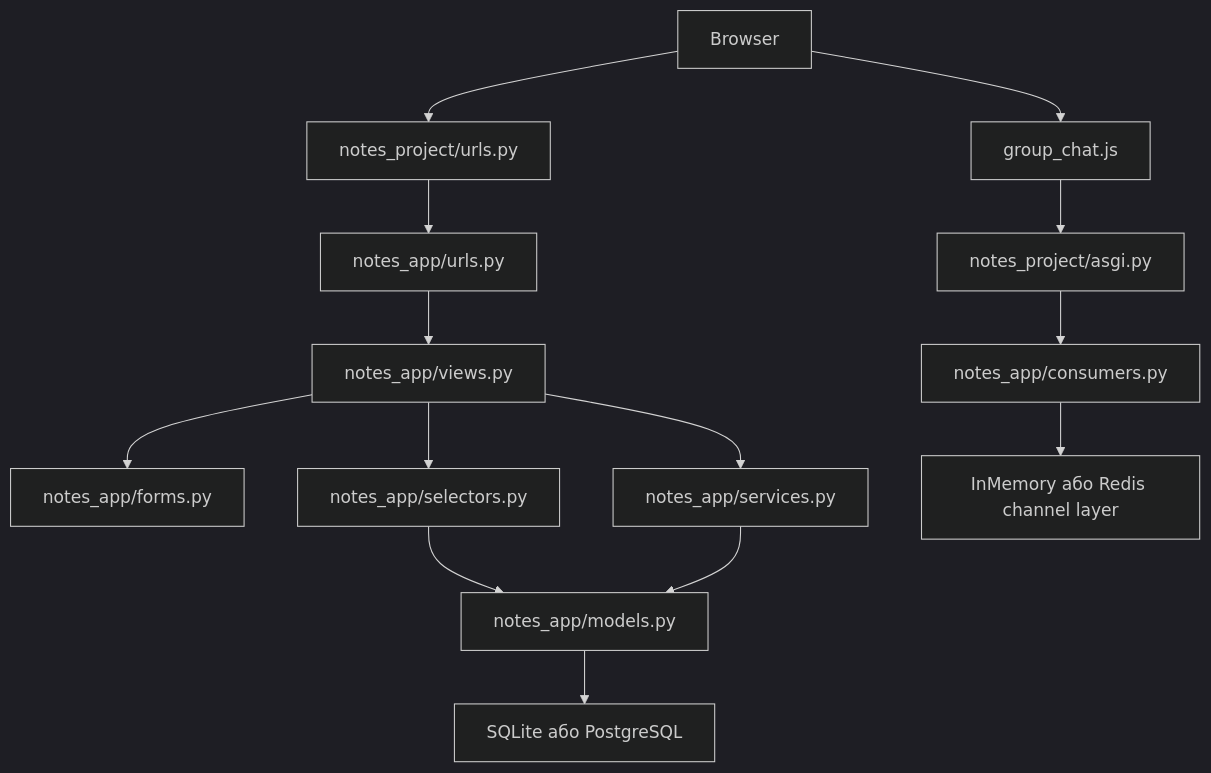
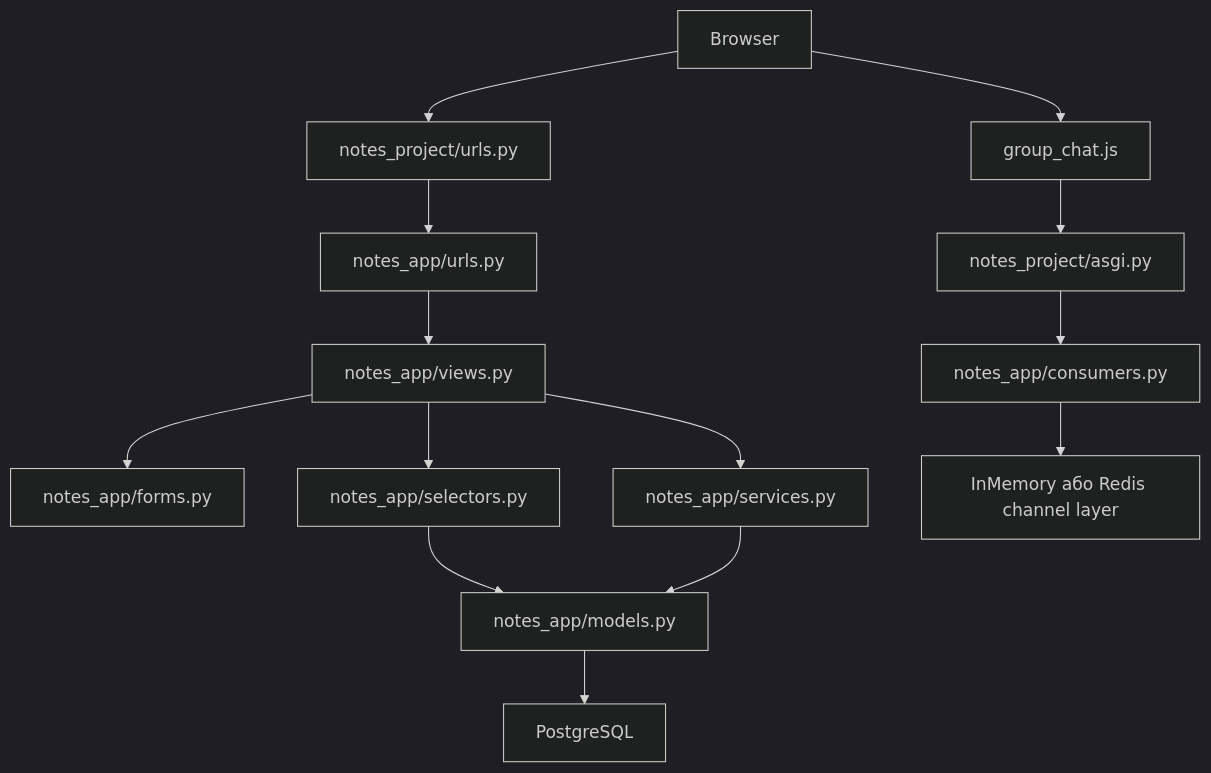
The diagram in README.md (NikoriakViktot/notes_chat_app), drawn with Mermaid (dark theme) before and after one commit. The commit also changed other lines of this file and 441 other files, not shown here.

First line of the commit message:
Add English version of the book, Mermaid standard, docs fixes

````diff
--- a/README.md
+++ b/README.md
@@ -86,16 +88,16 @@
 ```mermaid
 flowchart TD
     Browser["Browser"] --> URLs["notes_project/urls.py"]
     URLs --> AppURLs["notes_app/urls.py"]
     AppURLs --> Views["notes_app/views.py"]
     Views --> Forms["notes_app/forms.py"]
     Views --> Selectors["notes_app/selectors.py"]
     Views --> Services["notes_app/services.py"]
     Selectors --> Models["notes_app/models.py"]
     Services --> Models
-    Models --> DB["SQLite або PostgreSQL"]
+    Models --> DB["PostgreSQL"]
     Browser --> JS["group_chat.js"]
     JS --> ASGI["notes_project/asgi.py"]
     ASGI --> Consumer["notes_app/consumers.py"]
     Consumer --> ChannelLayer["InMemory або Redis channel layer"]
 ```
````
